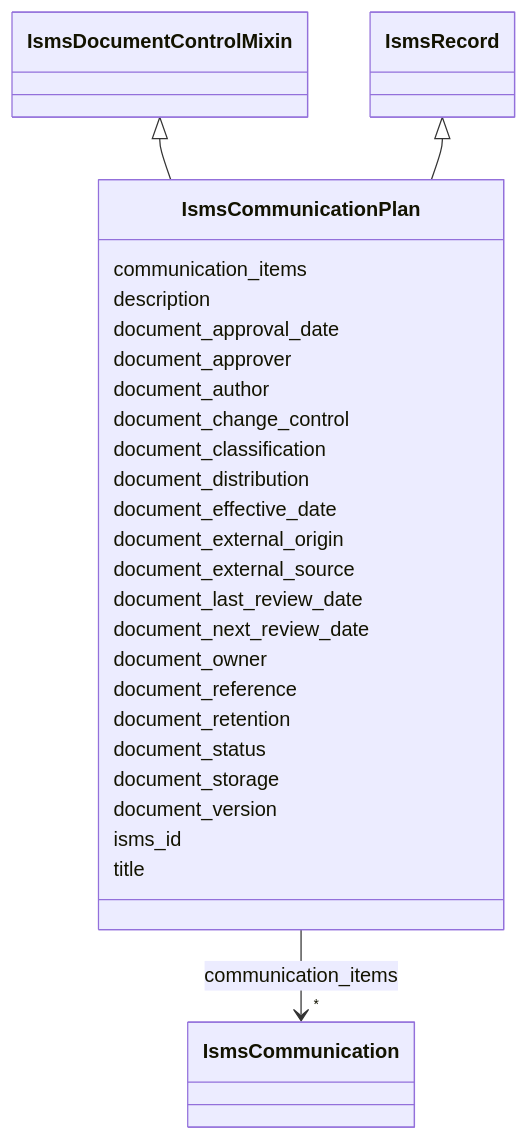
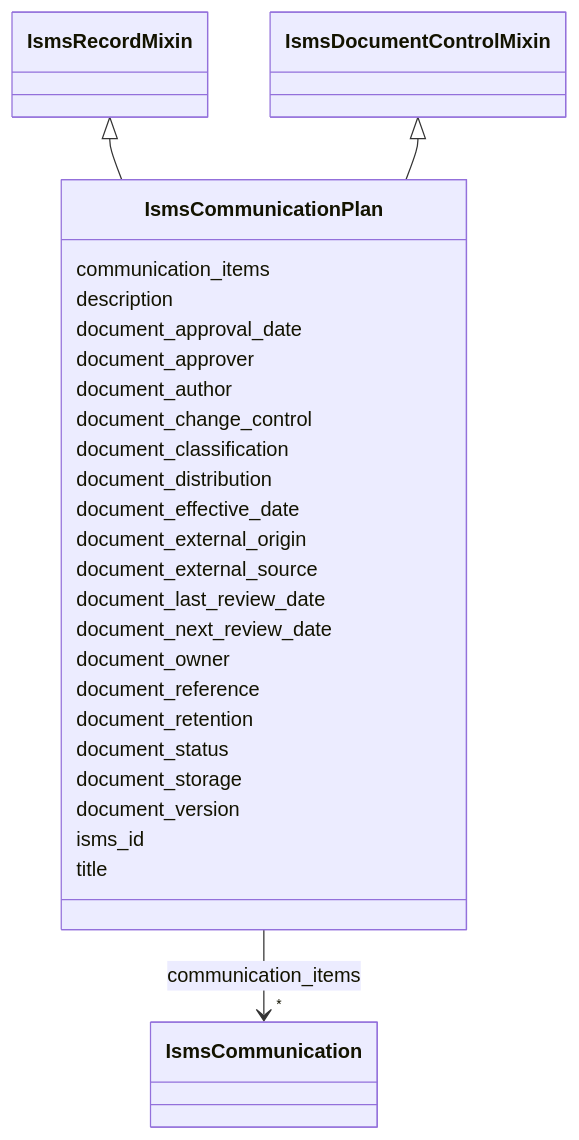
The diagram in project/mermaid/IsmsCommunicationPlan.md (lmodel/iso27001), drawn with Mermaid before and after one commit. The commit also changed 171 other files, not shown here.

Commit message:
refactor(schema): make the record base a mixin so adapt can root records

````diff
--- a/project/mermaid/IsmsCommunicationPlan.md
+++ b/project/mermaid/IsmsCommunicationPlan.md
@@ -4,62 +4,62 @@
 ```mermaid
  classDiagram
     class IsmsCommunicationPlan
     click IsmsCommunicationPlan href "../IsmsCommunicationPlan"
+      IsmsRecordMixin <|-- IsmsCommunicationPlan
+        click IsmsRecordMixin href "../IsmsRecordMixin"
       IsmsDocumentControlMixin <|-- IsmsCommunicationPlan
         click IsmsDocumentControlMixin href "../IsmsDocumentControlMixin"
-      IsmsRecord <|-- IsmsCommunicationPlan
-        click IsmsRecord href "../IsmsRecord"
       
       IsmsCommunicationPlan : communication_items
         
           
     
         
         
         IsmsCommunicationPlan --> "*" IsmsCommunication : communication_items
         click IsmsCommunication href "../IsmsCommunication"
     
 
         
       IsmsCommunicationPlan : description
         
       IsmsCommunicationPlan : document_approval_date
         
       IsmsCommunicationPlan : document_approver
         
       IsmsCommunicationPlan : document_author
         
       IsmsCommunicationPlan : document_change_control
         
       IsmsCommunicationPlan : document_classification
         
       IsmsCommunicationPlan : document_distribution
         
       IsmsCommunicationPlan : document_effective_date
         
       IsmsCommunicationPlan : document_external_origin
         
       IsmsCommunicationPlan : document_external_source
         
       IsmsCommunicationPlan : document_last_review_date
         
       IsmsCommunicationPlan : document_next_review_date
         
       IsmsCommunicationPlan : document_owner
         
       IsmsCommunicationPlan : document_reference
         
       IsmsCommunicationPlan : document_retention
         
       IsmsCommunicationPlan : document_status
         
       IsmsCommunicationPlan : document_storage
         
       IsmsCommunicationPlan : document_version
         
       IsmsCommunicationPlan : isms_id
         
       IsmsCommunicationPlan : title
         
       
 ```
````
